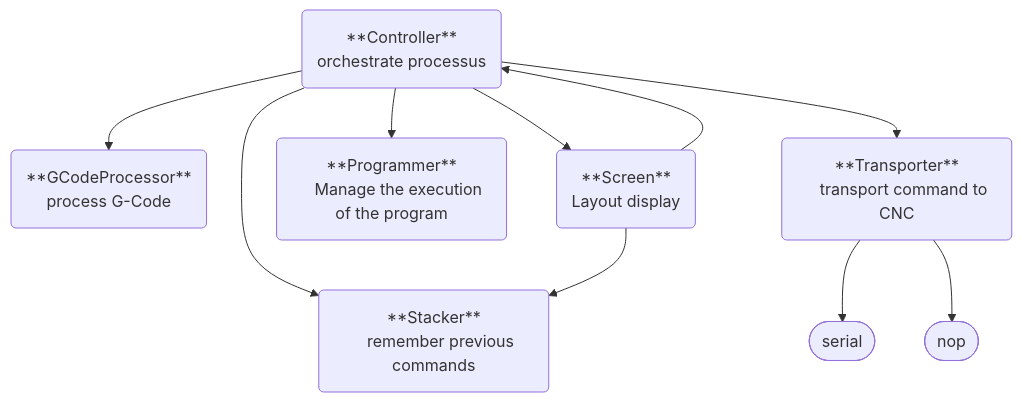
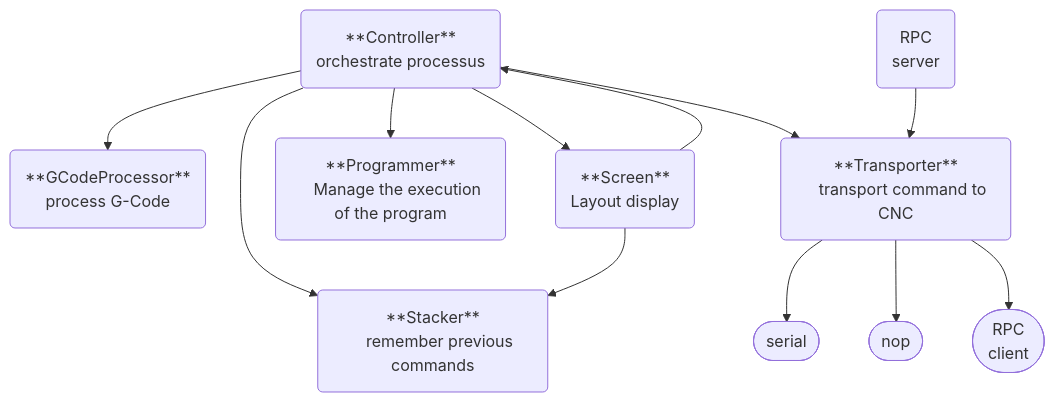
Before and after one commit to landru29/cnc-serial: the second of 2 diagrams in README.md, drawn with Mermaid. The commit also changed other lines of this file and 15 other files, not shown here.

````diff
--- a/README.md
+++ b/README.md
@@ -59,29 +79,38 @@
 ```mermaid
 graph TD;
     GCodeProcessor(**GCodeProcessor**
     process G-Code);
     Transporter(**Transporter**
     transport command to CNC);
     Stacker(**Stacker**
     remember previous commands
     );
     Controller(**Controller**
     orchestrate processus
     );
     Programmer(**Programmer**
     Manage the execution of the program
     );
     Screen(**Screen**
     Layout display
     );
 
+    serial([serial]);
+    nop([nop]);
+    rpc([RPC
+    client]);
+
     Controller-->Stacker;
     Controller-->GCodeProcessor;
     Controller-->Programmer;
     Controller-->Transporter;
-    Transporter-->serial([serial]);
-    Transporter-->nop([nop]);
+    Transporter-->serial;
+    Transporter-->nop;
+    Transporter-->rpc;
     Screen-->Controller;
     Controller-->Screen;
     Screen-->Stacker;
+
+    rpcServer(RPC
+    server)-->Transporter
 ```
````
